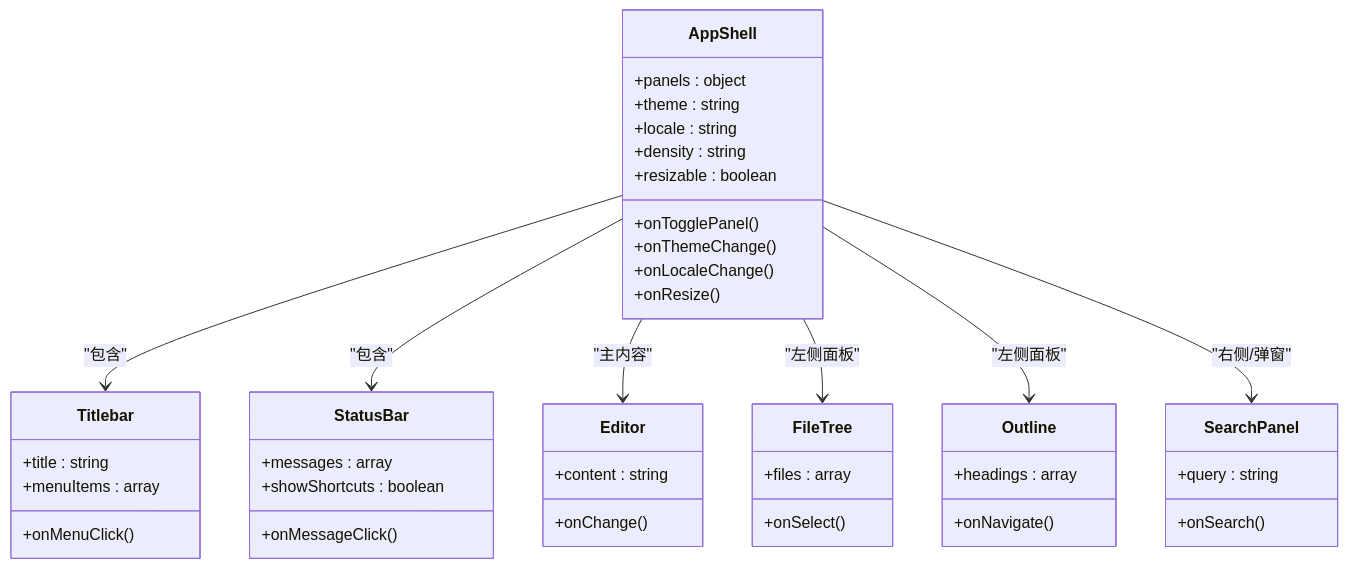
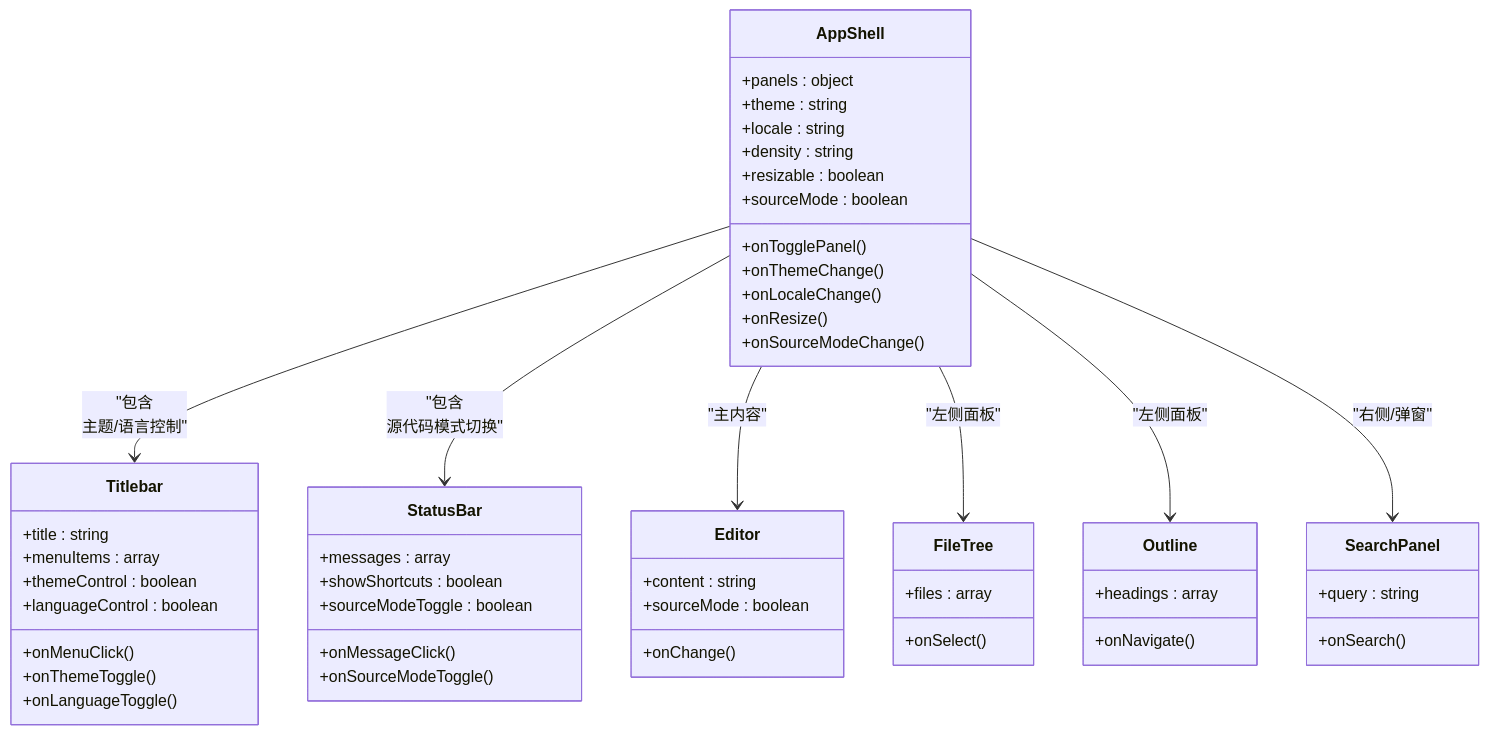
The third of 4 diagrams in .qoder/repowiki/zh/content/布局系统.md (gongshiyun/ZenNote), drawn with Mermaid before and after one commit. The commit also changed other lines of this file and 40 other files, not shown here.

````diff
--- a/.qoder/repowiki/zh/content/布局系统.md
+++ b/.qoder/repowiki/zh/content/布局系统.md
@@ -199,46 +216,55 @@
 ```mermaid
 classDiagram
 class AppShell {
 +panels : object
 +theme : string
 +locale : string
 +density : string
 +resizable : boolean
++sourceMode : boolean
 +onTogglePanel()
 +onThemeChange()
 +onLocaleChange()
 +onResize()
++onSourceModeChange()
 }
 class Titlebar {
 +title : string
 +menuItems : array
++themeControl : boolean
++languageControl : boolean
 +onMenuClick()
++onThemeToggle()
++onLanguageToggle()
 }
 class StatusBar {
 +messages : array
 +showShortcuts : boolean
++sourceModeToggle : boolean
 +onMessageClick()
++onSourceModeToggle()
 }
 class Editor {
 +content : string
++sourceMode : boolean
 +onChange()
 }
 class FileTree {
 +files : array
 +onSelect()
 }
 class Outline {
 +headings : array
 +onNavigate()
 }
 class SearchPanel {
 +query : string
 +onSearch()
 }
-AppShell --> Titlebar : "包含"
-AppShell --> StatusBar : "包含"
+AppShell --> Titlebar : "包含<br/>主题/语言控制"
+AppShell --> StatusBar : "包含<br/>源代码模式切换"
 AppShell --> Editor : "主内容"
 AppShell --> FileTree : "左侧面板"
 AppShell --> Outline : "左侧面板"
 AppShell --> SearchPanel : "右侧/弹窗"
 ```
````
